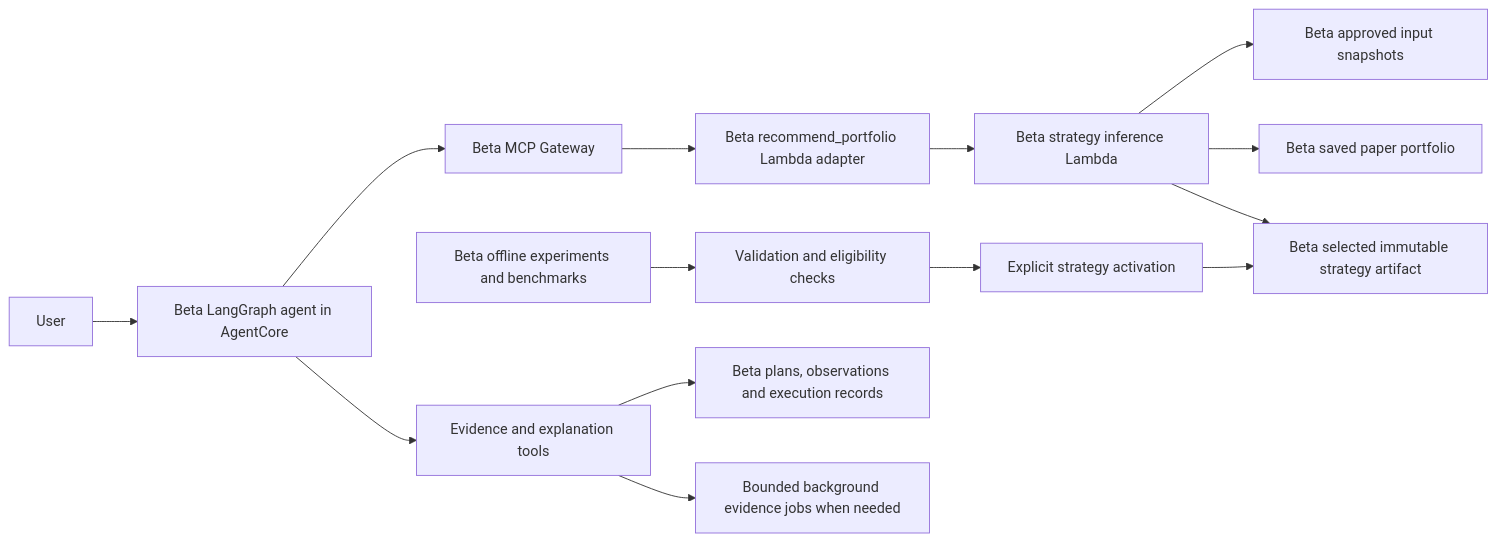
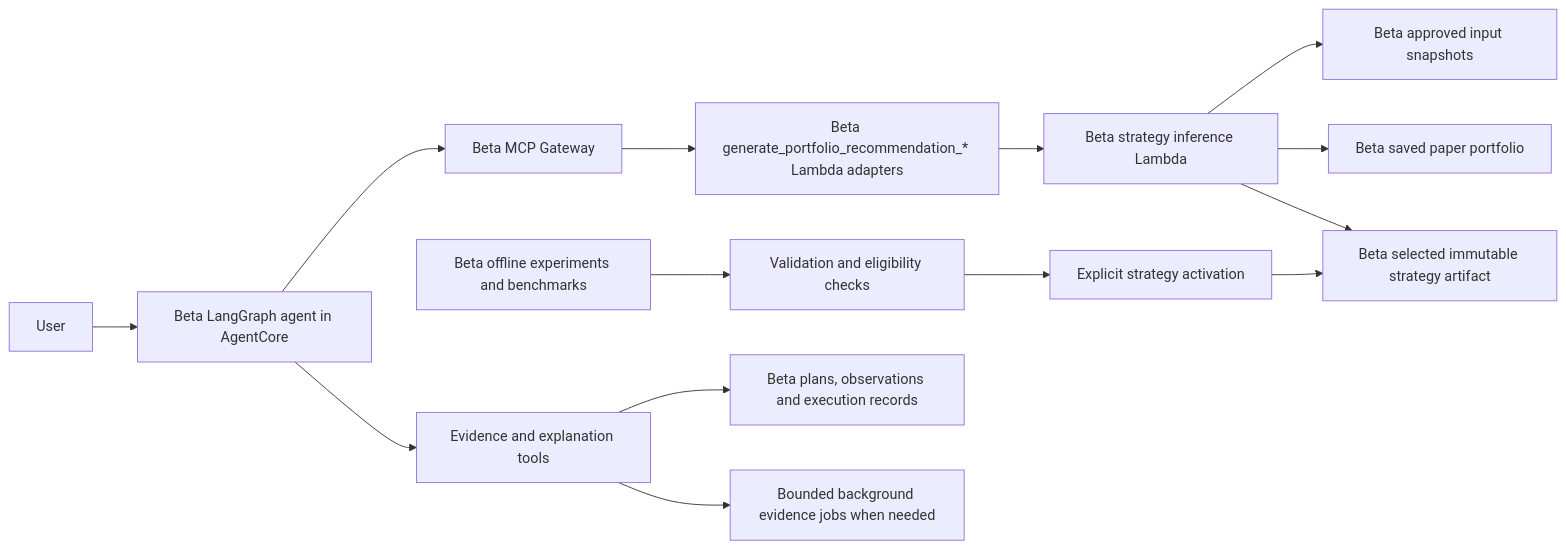
Before and after one commit to FilippoLentoni/FinanceAgent: the first of 2 diagrams in docs/strategy-lifecycle.md, drawn with Mermaid. The commit also changed other lines of this file and 63 other files, not shown here.

````diff
--- a/docs/strategy-lifecycle.md
+++ b/docs/strategy-lifecycle.md
@@ -40,16 +40,16 @@
 ```mermaid
 flowchart LR
     U[User] --> A[Beta LangGraph agent in AgentCore]
     A --> G[Beta MCP Gateway]
-    G --> T[Beta recommend_portfolio Lambda adapter]
+    G --> T[Beta generate_portfolio_recommendation_* Lambda adapters]
     T --> S[Beta strategy inference Lambda]
     S --> P[Beta approved input snapshots]
     S --> B[Beta saved paper portfolio]
     S --> R[Beta selected immutable strategy artifact]
     E[Beta offline experiments and benchmarks] --> V[Validation and eligibility checks]
     V --> X[Explicit strategy activation]
     X --> R
     A --> Q[Evidence and explanation tools]
     Q --> O[Beta plans, observations and execution records]
     Q --> J[Bounded background evidence jobs when needed]
 ```
````
